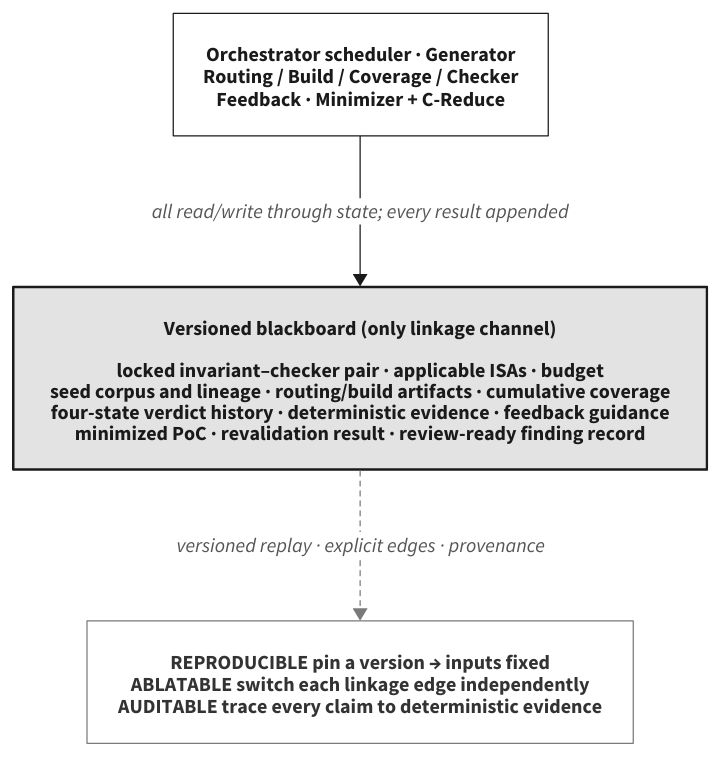
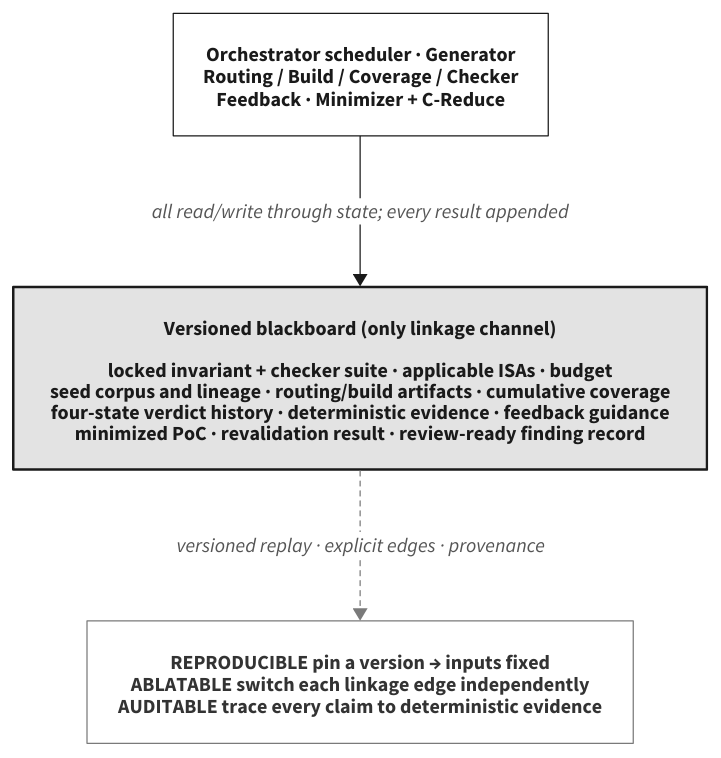
One commit to SEU-SSH/zjy-paper changed the diagram in figures/src/blackboard.d2. Above: the diagram before and after it, drawn with D2. The commit also changed 17 other files, not shown here.

```diff
--- a/figures/src/blackboard.d2
+++ b/figures/src/blackboard.d2
@@ -1,19 +1,19 @@
 # Fig: versioned blackboard records every task state and result (academic monochrome)
 # render: d2 --theme=0 --pad=8 blackboard.d2 ../blackboard.svg
 
 classes: {
   actor: { style: { fill: white; stroke: "#1A1A1A"; stroke-width: 1; font-color: "#1A1A1A" } }
   bb:    { style: { fill: "#E3E3E3"; stroke: "#1A1A1A"; stroke-width: 2; font-color: "#1A1A1A" } }
   prop:  { style: { fill: white; stroke: "#7A7A7A"; stroke-width: 1; font-color: "#333333" } }
 }
 
 direction: down
 
 actors: "Orchestrator scheduler · Generator\nRouting / Build / Coverage / Checker\nFeedback · Minimizer + C-Reduce" { class: actor }
 
-bb: "Versioned blackboard  (only linkage channel)\n\nlocked invariant–checker pair · applicable ISAs · budget\nseed corpus and lineage · routing/build artifacts · cumulative coverage\nfour-state verdict history · deterministic evidence · feedback guidance\nminimized PoC · revalidation result · review-ready finding record" { class: bb }
+bb: "Versioned blackboard  (only linkage channel)\n\nlocked invariant + checker suite · applicable ISAs · budget\nseed corpus and lineage · routing/build artifacts · cumulative coverage\nfour-state verdict history · deterministic evidence · feedback guidance\nminimized PoC · revalidation result · review-ready finding record" { class: bb }
 
 props: "REPRODUCIBLE  pin a version → inputs fixed\nABLATABLE  switch each linkage edge independently\nAUDITABLE  trace every claim to deterministic evidence" { class: prop }
 
 actors -> bb: "all read/write through state; every result appended" { style: { stroke: "#1A1A1A"; stroke-width: 1; font-color: "#555555" } }
 bb -> props: "versioned replay · explicit edges · provenance" { style: { stroke: "#7A7A7A"; stroke-width: 1; stroke-dash: 4; font-color: "#555555" } }
```
